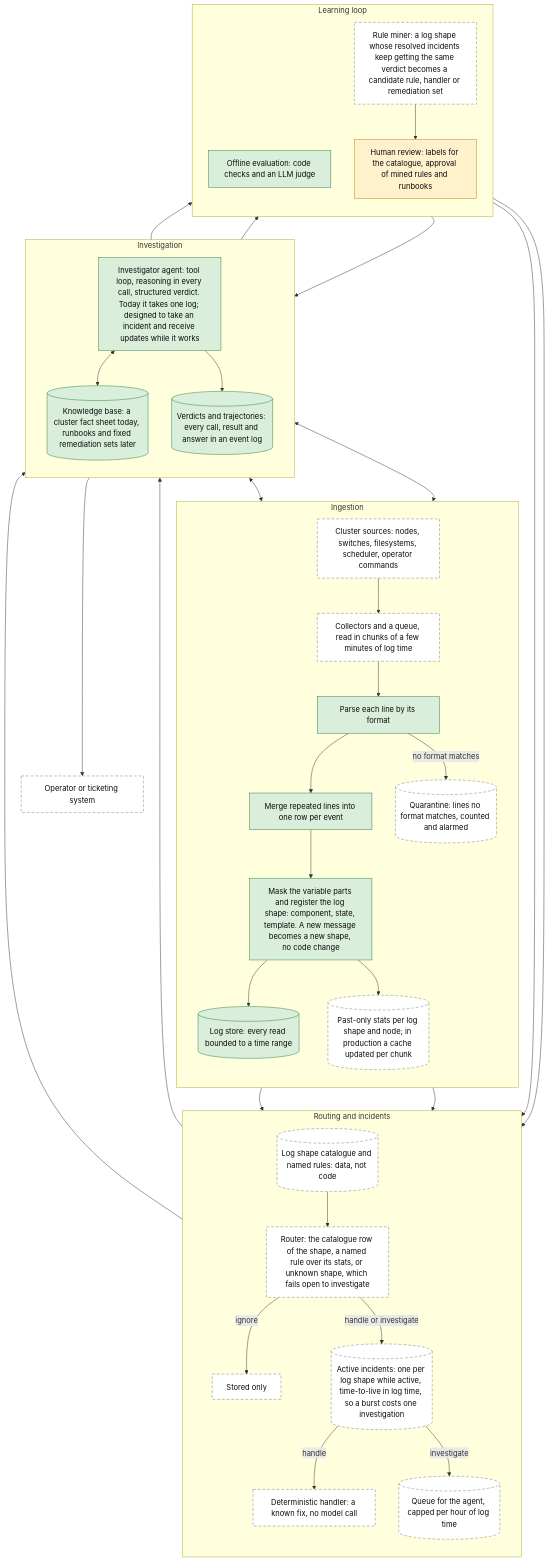
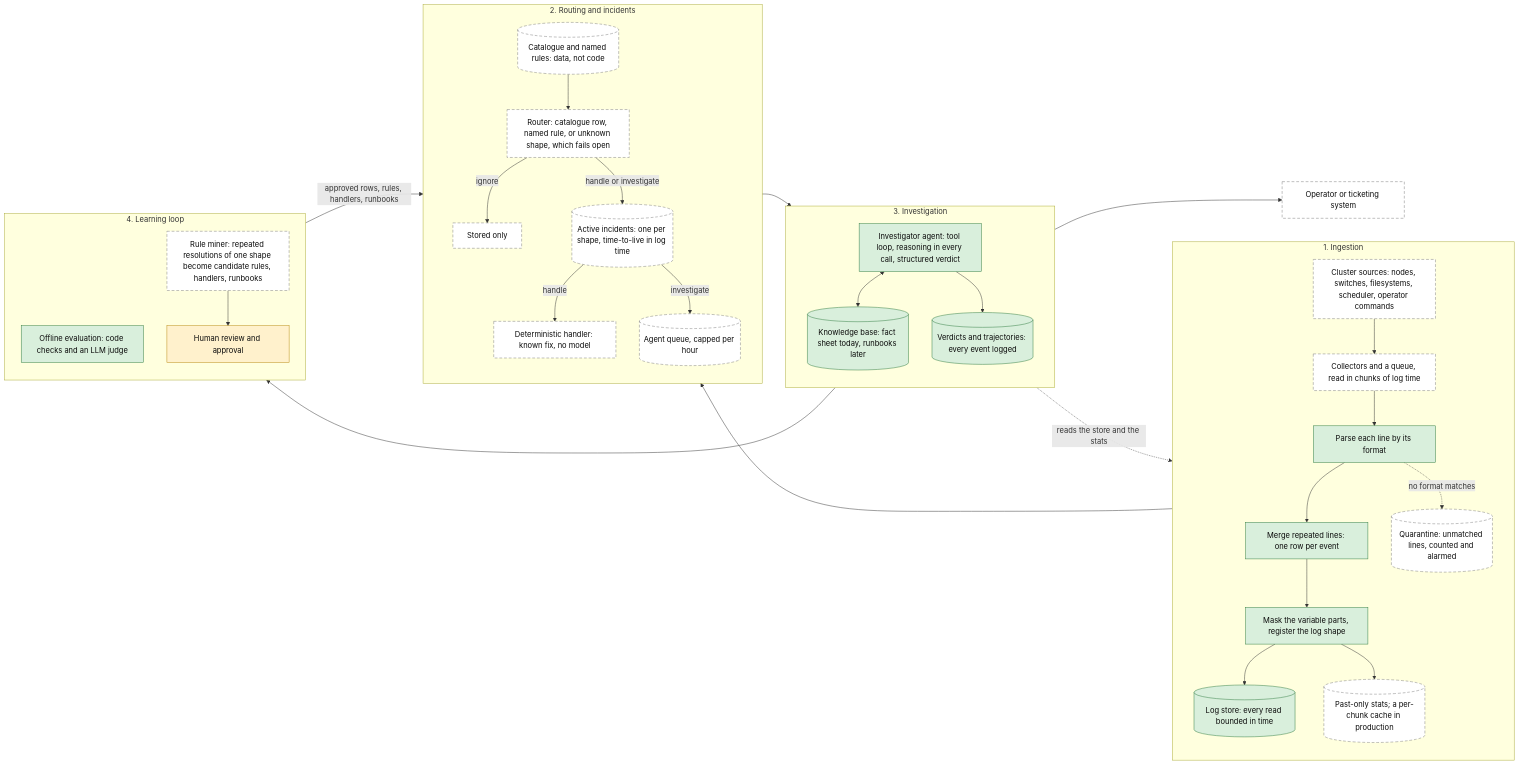
The first of 2 diagrams in report.md (avivvv/mave-home-assignment), drawn with Mermaid before and after one commit. The commit also changed other lines of this file and 12 other files, not shown here.

````diff
--- a/report.md
+++ b/report.md
@@ -138,67 +157,62 @@
 ```mermaid
-flowchart TB
+flowchart LR
     classDef built fill:#d9efdc,stroke:#2d7a3e,color:#0b0b0b
     classDef designed fill:#ffffff,stroke:#7a7a7a,stroke-dasharray:6 4,color:#0b0b0b
     classDef human fill:#fff1cc,stroke:#b8860b,color:#0b0b0b
 
-    subgraph ING["Ingestion"]
+    subgraph ING["1. Ingestion"]
         direction TB
         S["Cluster sources: nodes, switches, filesystems, scheduler, operator commands"]:::designed
-        C["Collectors and a queue, read in chunks of a few minutes of log time"]:::designed
+        C["Collectors and a queue, read in chunks of log time"]:::designed
         P["Parse each line by its format"]:::built
-        X[("Quarantine: lines no format matches, counted and alarmed")]:::designed
-        D["Merge repeated lines into one row per event"]:::built
-        T["Mask the variable parts and register the log shape: component, state, template. A new message becomes a new shape, no code change"]:::built
-        L[("Log store: every read bounded to a time range")]:::built
-        SC[("Past-only stats per log shape and node; in production a cache updated per chunk")]:::designed
+        X[("Quarantine: unmatched lines, counted and alarmed")]:::designed
+        D["Merge repeated lines: one row per event"]:::built
+        T["Mask the variable parts, register the log shape"]:::built
+        L[("Log store: every read bounded in time")]:::built
+        SC[("Past-only stats; a per-chunk cache in production")]:::designed
         S --> C --> P --> D --> T --> L
-        P -->|no format matches| X
+        P -.->|no format matches| X
         T --> SC
     end
 
-    subgraph ROUTE["Routing and incidents"]
+    subgraph ROUTE["2. Routing and incidents"]
         direction TB
-        G[("Log shape catalogue and named rules: data, not code")]:::designed
-        R["Router: the catalogue row of the shape, a named rule over its stats, or unknown shape, which fails open to investigate"]:::designed
-        I[("Active incidents: one per log shape while active, time-to-live in log time, so a burst costs one investigation")]:::designed
-        DH["Deterministic handler: a known fix, no model call"]:::designed
-        W[("Queue for the agent, capped per hour of log time")]:::designed
+        G[("Catalogue and named rules: data, not code")]:::designed
+        R["Router: catalogue row, named rule, or unknown shape, which fails open"]:::designed
+        N["Stored only"]:::designed
+        I[("Active incidents: one per shape, time-to-live in log time")]:::designed
+        DH["Deterministic handler: known fix, no model"]:::designed
+        W[("Agent queue, capped per hour")]:::designed
         G --> R
-        R -->|ignore| N["Stored only"]:::designed
+        R -->|ignore| N
         R -->|handle or investigate| I
         I -->|handle| DH
         I -->|investigate| W
     end
 
-    subgraph INV["Investigation"]
+    subgraph INV["3. Investigation"]
         direction TB
-        A["Investigator agent: tool loop, reasoning in every call, structured verdict. Today it takes one log; designed to take an incident and receive updates while it works"]:::built
-        KB[("Knowledge base: a cluster fact sheet today, runbooks and fixed remediation sets later")]:::built
-        V[("Verdicts and trajectories: every call, result and answer in an event log")]:::built
+        A["Investigator agent: tool loop, reasoning in every call, structured verdict"]:::built
+        KB[("Knowledge base: fact sheet today, runbooks later")]:::built
+        V[("Verdicts and trajectories: every event logged")]:::built
         A <--> KB
         A --> V
     end
 
-    subgraph LEARN["Learning loop"]
+    subgraph LEARN["4. Learning loop"]
         direction TB
         EV["Offline evaluation: code checks and an LLM judge"]:::built
-        M["Rule miner: a log shape whose resolved incidents keep getting the same verdict becomes a candidate rule, handler or remediation set"]:::designed
-        H["Human review: labels for the catalogue, approval of mined rules and runbooks"]:::human
+        M["Rule miner: repeated resolutions of one shape become candidate rules, handlers, runbooks"]:::designed
+        H["Human review and approval"]:::human
+        M --> H
     end
 
     O["Operator or ticketing system"]:::designed
 
-    L --> R
-    SC --> R
-    W --> A
-    A <--> L
-    A <--> SC
-    DH --> V
-    V --> O
-    V --> EV
-    V --> M
-    M --> H
-    H --> G
-    H --> KB
-    H --> DH
+    ING --> ROUTE
+    ROUTE --> INV
+    INV --> LEARN
+    INV --> O
+    INV -.->|reads the store and the stats| ING
+    LEARN -->|approved rows, rules, handlers, runbooks| ROUTE
 ```
````
